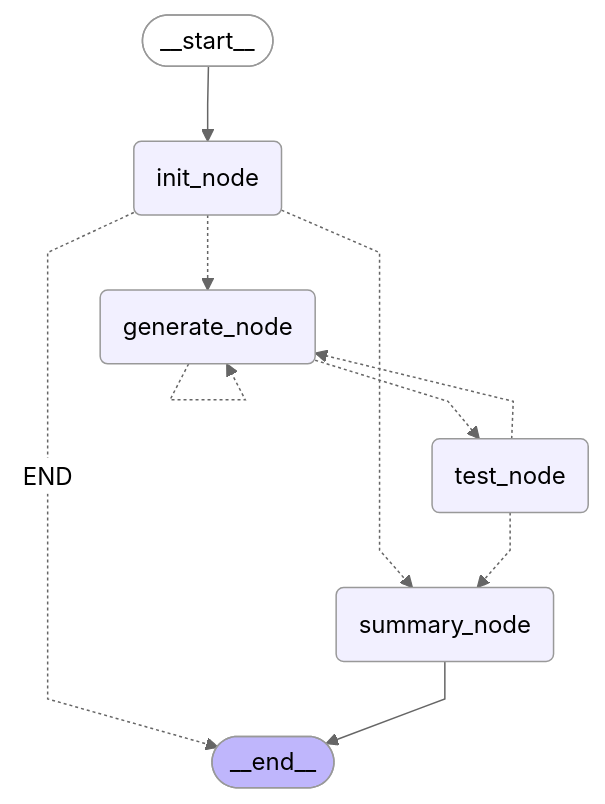
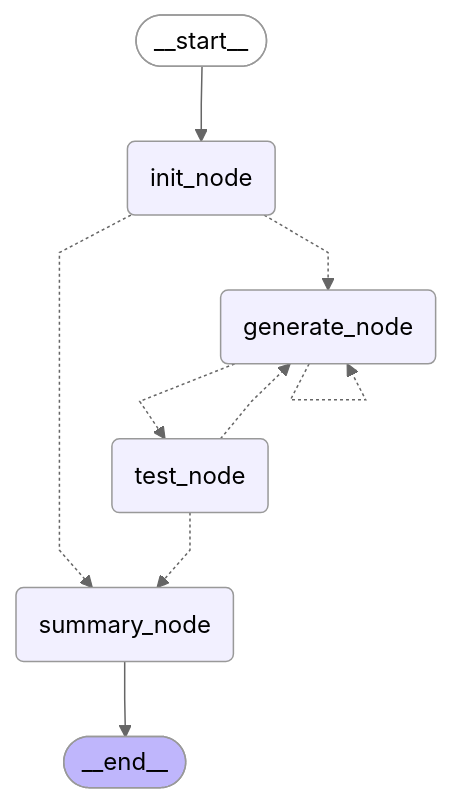
Before and after one commit to GigaGaiaWorld/nsai_master: the diagram in langda/history/langda_agent_full_mermaid.mmd, drawn with Mermaid (neutral theme). The commit also changed 738 other files, not shown here.

```diff
--- a/langda/history/langda_agent_full_mermaid.mmd
+++ b/langda/history/langda_agent_full_mermaid.mmd
@@ -1,24 +1,23 @@
 ---
 config:
   flowchart:
     curve: linear
 ---
 graph TD;
 	__start__([<p>__start__</p>]):::first
 	init_node(init_node)
 	generate_node(generate_node)
 	test_node(test_node)
 	summary_node(summary_node)
 	__end__([<p>__end__</p>]):::last
 	__start__ --> init_node;
 	generate_node -.-> test_node;
-	init_node -. &nbsp;END&nbsp; .-> __end__;
 	init_node -.-> generate_node;
 	init_node -.-> summary_node;
 	test_node -.-> generate_node;
 	test_node -.-> summary_node;
 	summary_node --> __end__;
 	generate_node -.-> generate_node;
 	classDef default fill:#f2f0ff,line-height:1.2
 	classDef first fill-opacity:0
 	classDef last fill:#bfb6fc
```
